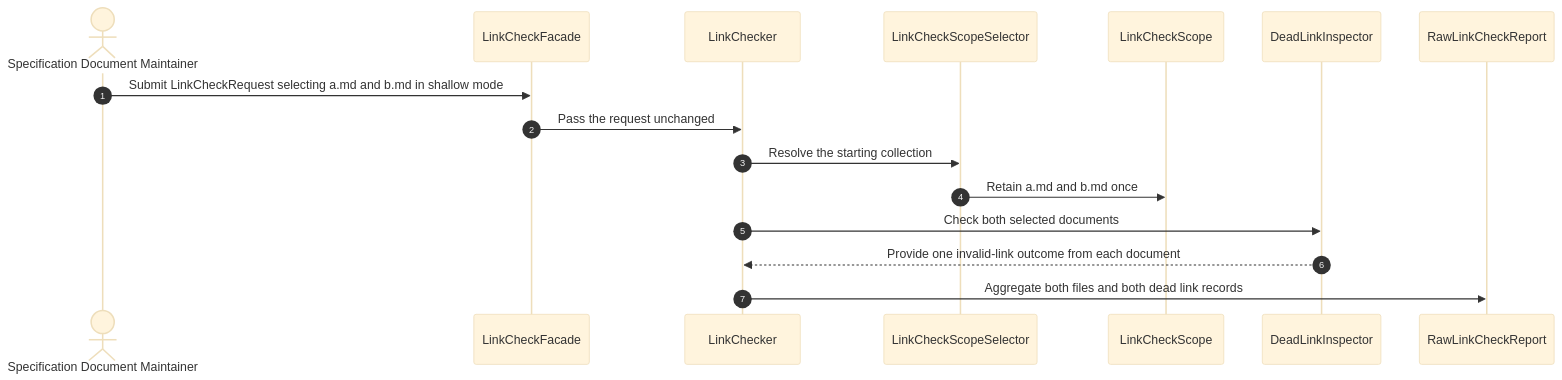
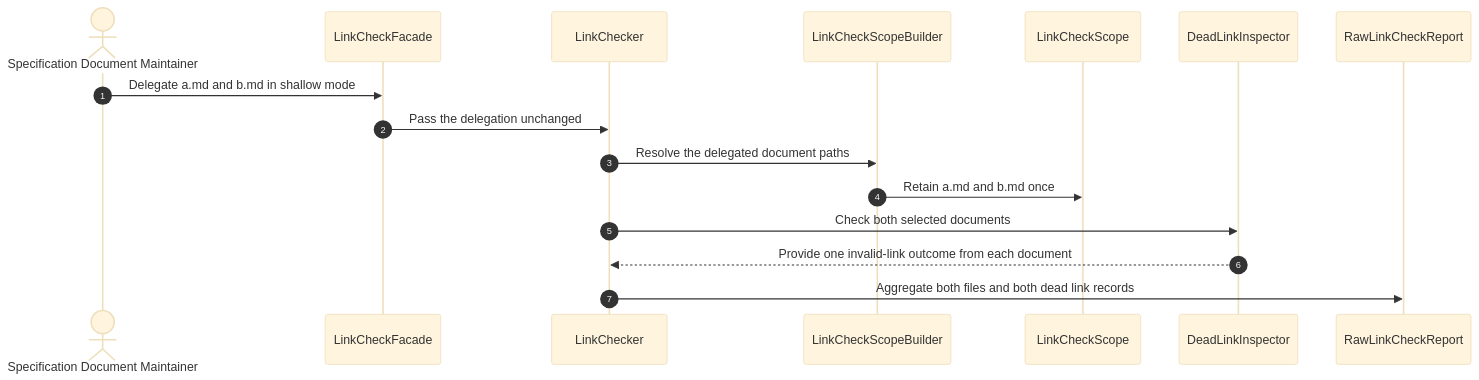
Diagram 23 of 42 in specs/md-linkage/design.md (huang-xiao-jian/bluey), drawn with Mermaid (base theme) before and after one commit. The commit also changed other lines of this file and 7 other files, not shown here.

Commit message:
docs(md-linkage): define delegation and scope builder

````diff
--- a/specs/md-linkage/design.md
+++ b/specs/md-linkage/design.md
@@ -794,19 +773,19 @@
 ```mermaid
 sequenceDiagram
     autonumber
     actor Maintainer as Specification Document Maintainer
     participant Submission as LinkCheckFacade
     participant Check as LinkChecker
-    participant Selection as LinkCheckScopeSelector
+    participant Selection as LinkCheckScopeBuilder
     participant Scope as LinkCheckScope
     participant Detection as DeadLinkInspector
     participant Report as RawLinkCheckReport
 
-    Maintainer->>Submission: Submit LinkCheckRequest selecting a.md and b.md in shallow mode
-    Submission->>Check: Pass the request unchanged
-    Check->>Selection: Resolve the starting collection
+    Maintainer->>Submission: Delegate a.md and b.md in shallow mode
+    Submission->>Check: Pass the delegation unchanged
+    Check->>Selection: Resolve the delegated document paths
     Selection->>Scope: Retain a.md and b.md once
     Check->>Detection: Check both selected documents
     Detection-->>Check: Provide one invalid-link outcome from each document
     Check->>Report: Aggregate both files and both dead link records
 ```
````
